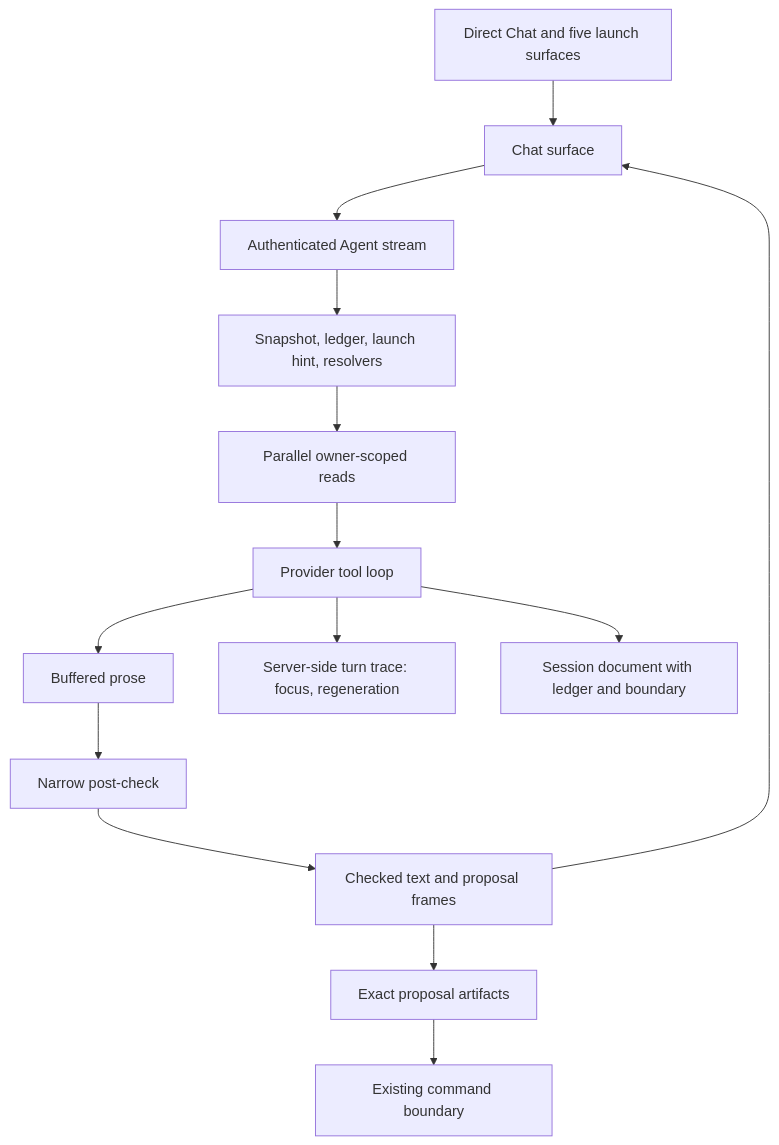
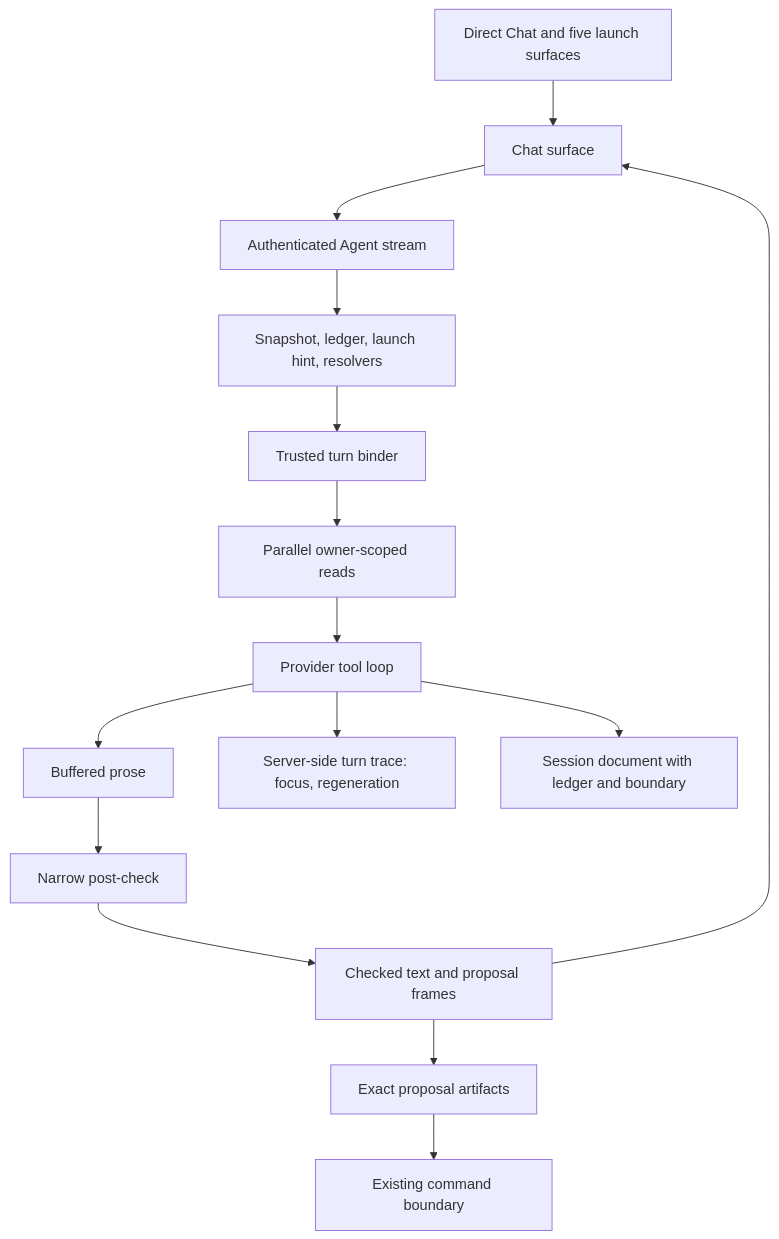
One commit to tmanman90/2ManyBeans changed the third of 3 diagrams in docs/plans/2026-08-30-001-feat-ruphus-conversation-reset-plan.md. Above: the diagram before and after it, drawn with Mermaid. The commit also changed other lines of this file, not shown here.

````diff
--- a/docs/plans/2026-08-30-001-feat-ruphus-conversation-reset-plan.md
+++ b/docs/plans/2026-08-30-001-feat-ruphus-conversation-reset-plan.md
@@ -570,16 +615,17 @@
 ```mermaid
 flowchart TB
     Surfaces[Direct Chat and five launch surfaces] --> Chat[Chat surface]
     Chat --> Stream[Authenticated Agent stream]
     Stream --> Context[Snapshot, ledger, launch hint, resolvers]
-    Context --> Reads[Parallel owner-scoped reads]
+    Context --> Binder[Trusted turn binder]
+    Binder --> Reads[Parallel owner-scoped reads]
     Reads --> Provider[Provider tool loop]
     Provider --> Buffer[Buffered prose]
     Buffer --> Check[Narrow post-check]
     Check --> Frames[Checked text and proposal frames]
     Frames --> Chat
     Provider --> Trace[Server-side turn trace: focus, regeneration]
     Provider --> Sessions[Session document with ledger and boundary]
     Artifacts[Exact proposal artifacts] --> Commands[Existing command boundary]
     Frames --> Artifacts
 ```
````
